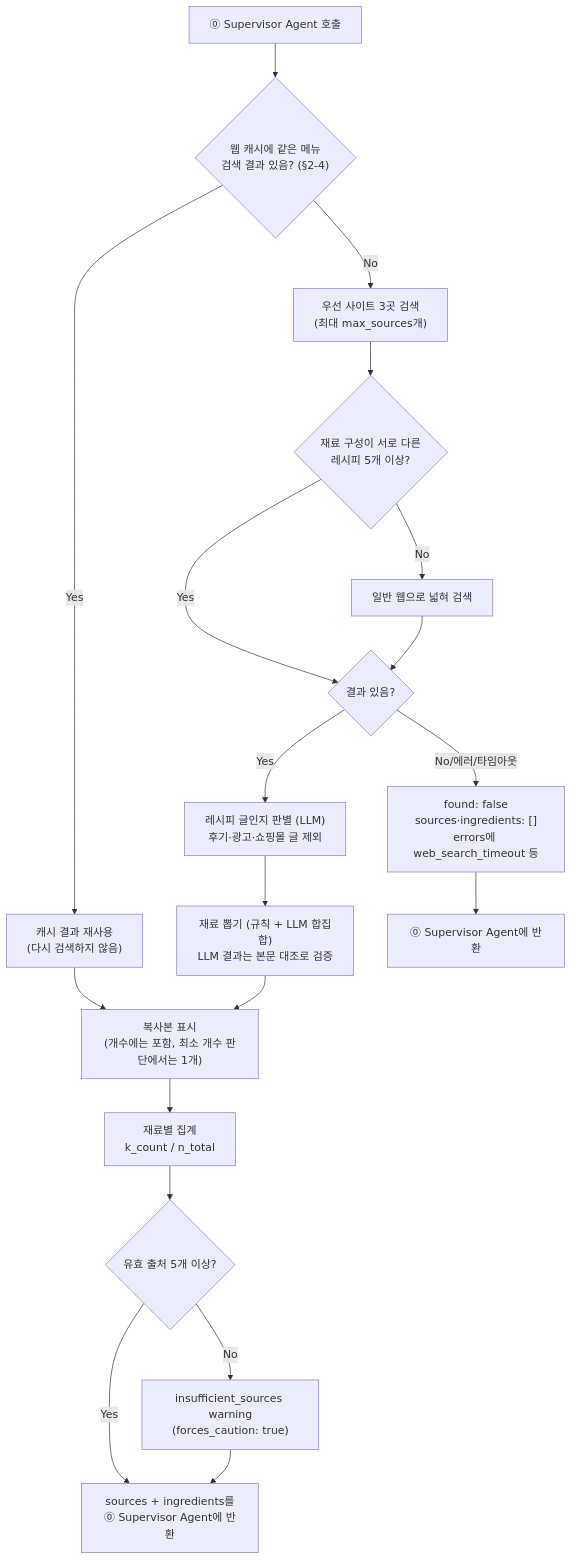
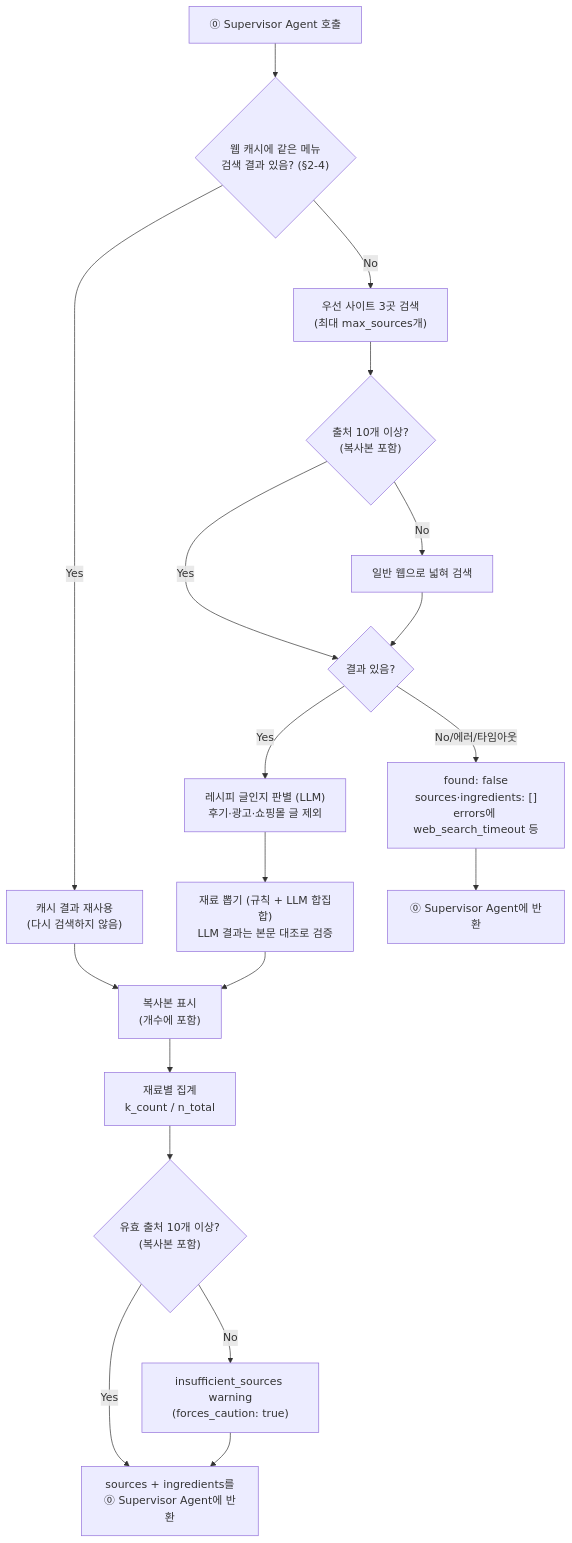
One commit to Han-Spoon/ai changed the second of 2 diagrams in docs/6-agent-websearch.md. Above: the diagram before and after it, drawn with Mermaid. The commit also changed other lines of this file and 1 other file, not shown here.

````diff
--- a/docs/6-agent-websearch.md
+++ b/docs/6-agent-websearch.md
@@ -311,21 +312,21 @@
 ```mermaid
 flowchart TD
     S[⓪ Supervisor Agent 호출] --> CA{"웹 캐시에 같은 메뉴<br/>검색 결과 있음? (§2-4)"}
     CA -->|Yes| CR["캐시 결과 재사용<br/>(다시 검색하지 않음)"]
     CR --> D
     CA -->|No| Q["우선 사이트 3곳 검색<br/>(최대 max_sources개)"]
-    Q --> QE{"재료 구성이 서로 다른<br/>레시피 5개 이상?"}
+    Q --> QE{"출처 10개 이상?<br/>(복사본 포함)"}
     QE -->|No| QG["일반 웹으로 넓혀 검색"]
     QE -->|Yes| R{결과 있음?}
     QG --> R
     R -->|No/에러/타임아웃| F["found: false<br/>sources·ingredients: []<br/>errors에 web_search_timeout 등"]
     R -->|Yes| RJ["레시피 글인지 판별 (LLM)<br/>후기·광고·쇼핑몰 글 제외"]
     RJ --> C["재료 뽑기 (규칙 + LLM 합집합)<br/>LLM 결과는 본문 대조로 검증"]
-    C --> D["복사본 표시<br/>(개수에는 포함, 최소 개수 판단에서는 1개)"]
+    C --> D["복사본 표시<br/>(개수에 포함)"]
     D --> AGG["재료별 집계<br/>k_count / n_total"]
-    AGG --> MIN{"유효 출처 5개 이상?"}
+    AGG --> MIN{"유효 출처 10개 이상?<br/>(복사본 포함)"}
     MIN -->|No| W["insufficient_sources warning<br/>(forces_caution: true)"]
     MIN -->|Yes| OUT
     W --> OUT["sources + ingredients를<br/>⓪ Supervisor Agent에 반환"]
     F --> OUT2[⓪ Supervisor Agent에 반환]
 ```
````
